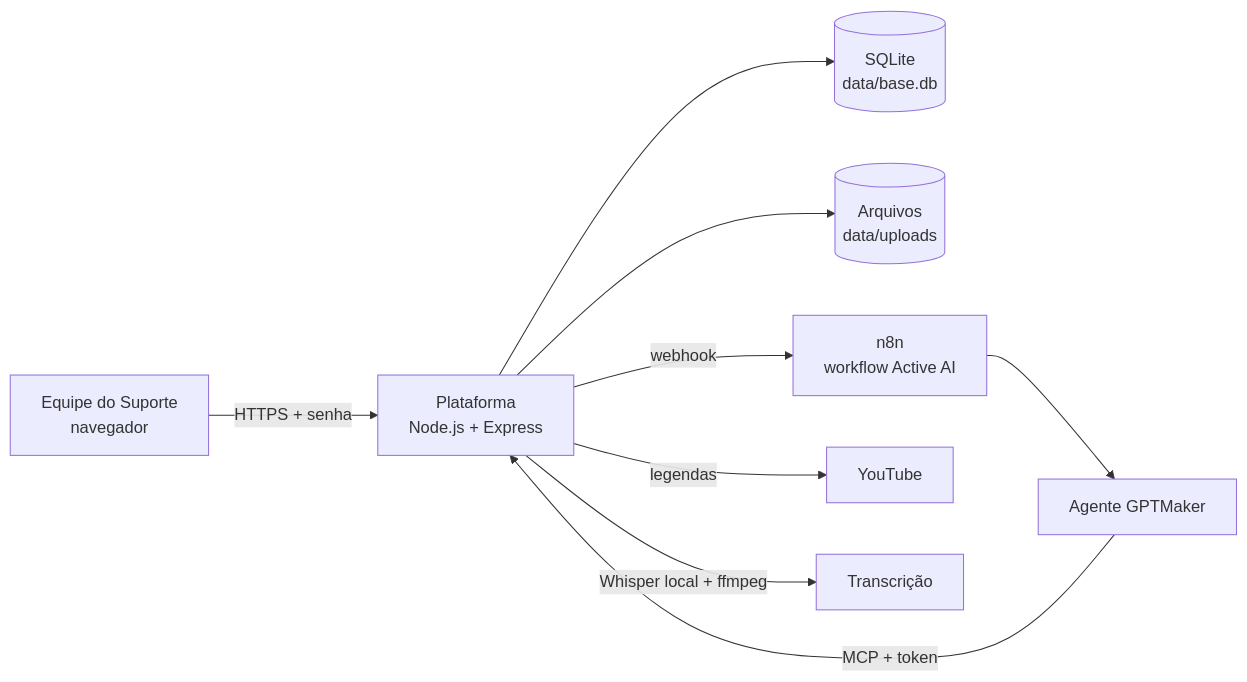
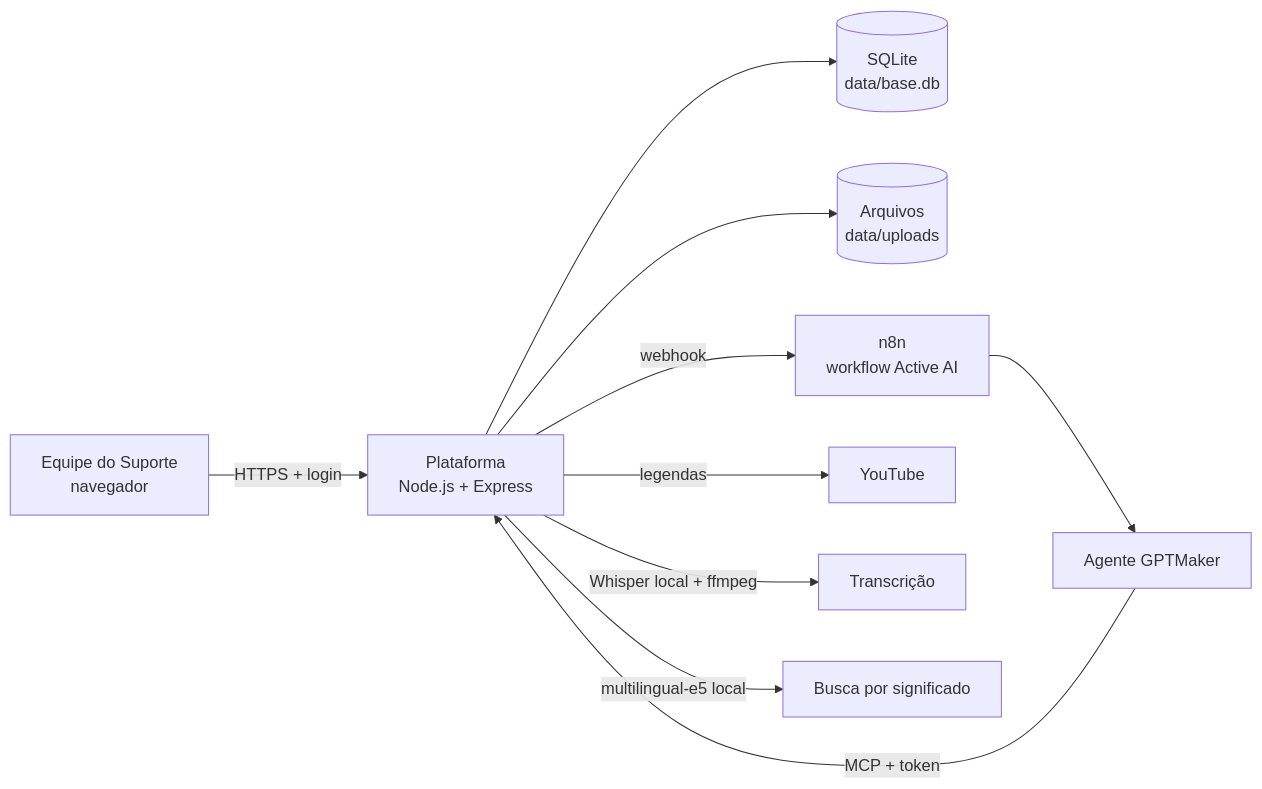
The first of 2 diagrams in docs/01-visao-geral.md (Diogo632/Active), drawn with Mermaid before and after one commit. The commit also changed other lines of this file and 13 other files, not shown here.

````diff
--- a/docs/01-visao-geral.md
+++ b/docs/01-visao-geral.md
@@ -15,11 +16,12 @@
 ```mermaid
 flowchart LR
-    U[Equipe do Suporte<br/>navegador] -->|HTTPS + senha| P[Plataforma<br/>Node.js + Express]
+    U[Equipe do Suporte<br/>navegador] -->|HTTPS + login| P[Plataforma<br/>Node.js + Express]
     P --> DB[(SQLite<br/>data/base.db)]
     P --> F[(Arquivos<br/>data/uploads)]
     P -->|webhook| N[n8n<br/>workflow Active AI]
     N --> G[Agente GPTMaker]
     G -->|MCP + token| P
     P -->|legendas| Y[YouTube]
     P -->|Whisper local + ffmpeg| T[Transcrição]
+    P -->|multilingual-e5 local| S[Busca por significado]
 ```
````
